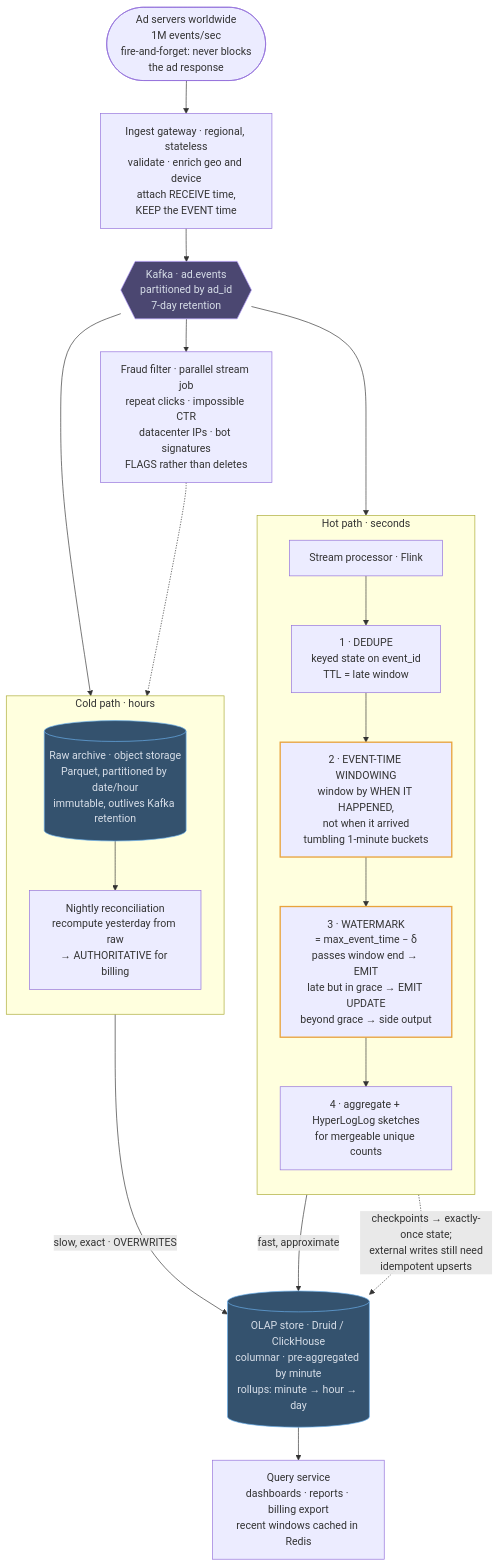
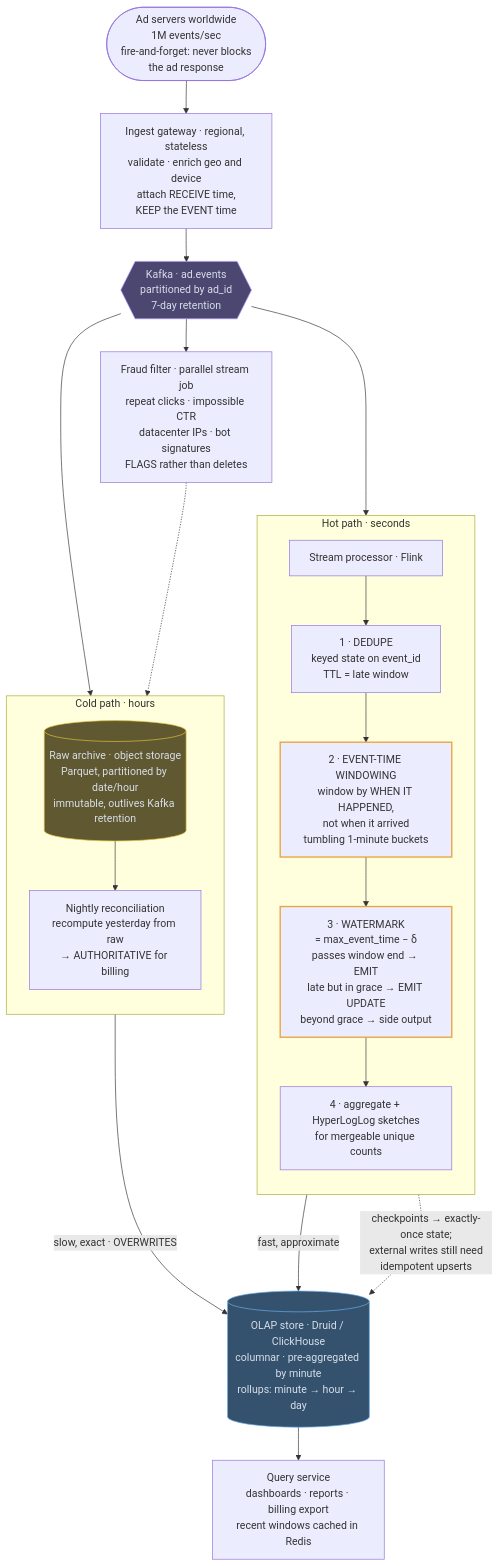
One commit to mertkahyaoglu/atlas changed the diagram in content/designs/13-ad-click-aggregation.md. Above: the diagram before and after it, drawn with Mermaid. The commit also changed 16 other files, not shown here.

First line of the commit message:
Split store into db/cache/blob; color gateway and load-balancer nodes

````diff
--- a/content/designs/13-ad-click-aggregation.md
+++ b/content/designs/13-ad-click-aggregation.md
@@ -132,51 +132,53 @@
 ```mermaid
 flowchart TB
     Servers([Ad servers worldwide<br/>1M events/sec<br/>fire-and-forget: never blocks<br/>the ad response]) --> Ingest
 
     Ingest["Ingest gateway · regional, stateless<br/>validate · enrich geo and device<br/>attach RECEIVE time,<br/>KEEP the EVENT time"]
     Ingest --> Bus
 
     Bus{{"Kafka · ad.events<br/>partitioned by ad_id<br/>7-day retention"}}
 
     subgraph HOT ["Hot path · seconds"]
         direction TB
         Flink["Stream processor · Flink"]
         Dedup["1 · DEDUPE<br/>keyed state on event_id<br/>TTL = late window"]
         Window["2 · EVENT-TIME WINDOWING<br/>window by WHEN IT HAPPENED,<br/>not when it arrived<br/>tumbling 1-minute buckets"]
         Water["3 · WATERMARK<br/>= max_event_time − δ<br/>passes window end → EMIT<br/>late but in grace → EMIT UPDATE<br/>beyond grace → side output"]
         Agg["4 · aggregate + HyperLogLog sketches<br/>for mergeable unique counts"]
         Flink --> Dedup --> Window --> Water --> Agg
     end
 
     subgraph COLD ["Cold path · hours"]
         direction TB
         Archive[("Raw archive · object storage<br/>Parquet, partitioned by date/hour<br/>immutable, outlives Kafka retention")]
         Batch["Nightly reconciliation<br/>recompute yesterday from raw<br/>→ AUTHORITATIVE for billing"]
         Archive --> Batch
     end
 
     Bus --> Flink
     Bus --> Archive
 
     Agg -- "fast, approximate" --> OLAP
     Batch -- "slow, exact · OVERWRITES" --> OLAP
 
     OLAP[("OLAP store · Druid / ClickHouse<br/>columnar · pre-aggregated by minute<br/>rollups: minute → hour → day")]
     OLAP --> Query["Query service<br/>dashboards · reports · billing export<br/>recent windows cached in Redis"]
 
     Fraud["Fraud filter · parallel stream job<br/>repeat clicks · impossible CTR<br/>datacenter IPs · bot signatures<br/>FLAGS rather than deletes"] -.-> Batch
     Bus --> Fraud
 
     Water -. "checkpoints → exactly-once state;<br/>external writes still need<br/>idempotent upserts" .-> OLAP
 
-    classDef store fill:#34526e,stroke:#6cb2ee,color:#d7dee8
+    classDef db fill:#34526e,stroke:#6cb2ee,color:#d7dee8
+    classDef blob fill:#5f5830,stroke:#e6c43c,color:#d7dee8
     classDef queue fill:#4b4771,stroke:#ad94f7,color:#d7dee8
     classDef hot stroke:#e8a33d,stroke-width:2px
-    class Archive,OLAP store
+    class OLAP db
+    class Archive blob
     class Window,Water hot
     class Bus queue
 
     click Bus href "/docs/05-async-messaging-and-event-driven" "Role: the durable buffer for every ad event, partitioned by ad_id.<br/>Trade-off: 7-day retention limits how far back a replay can go."
     click Flink href "/docs/09-specialized-building-blocks" "Role: dedupes and aggregates events into minute windows in real time.<br/>Trade-off: late events need watermarks, and stateful jobs are harder to operate."
     click Archive href "/docs/09-specialized-building-blocks" "Role: immutable raw events kept beyond Kafka retention, so numbers can be recomputed.<br/>Trade-off: batch recomputation is slow, but it is the source of truth for billing."
 ```
````
